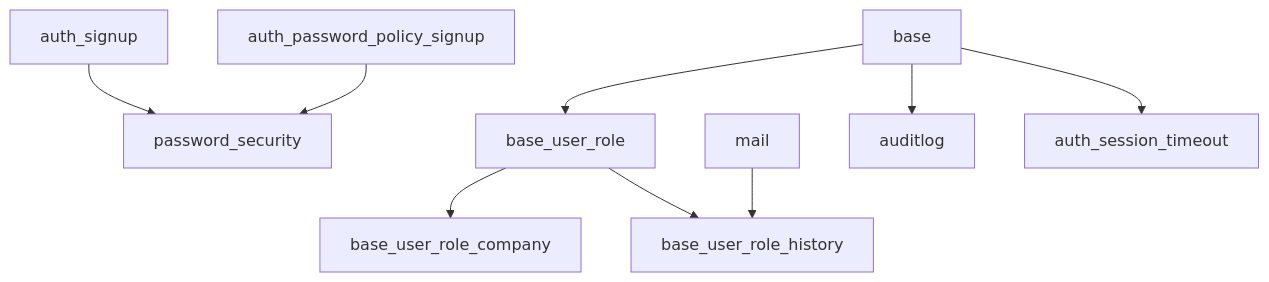
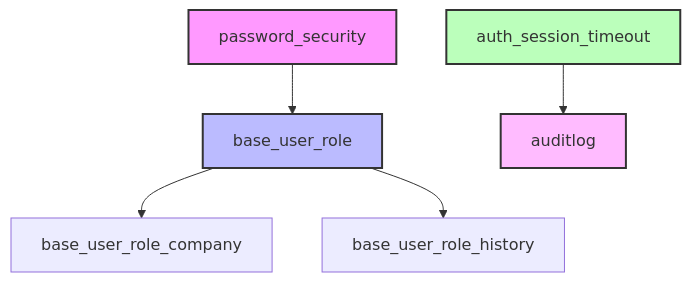
The diagram in README.md (focuz-ai/odoo-iso), drawn with Mermaid before and after one commit. The commit also changed other lines of this file, not shown here.

````diff
--- a/README.md
+++ b/README.md
@@ -195,11 +149,12 @@
 ```mermaid
 graph TD
-    A[base_user_role] --> B[base_user_role_company]
-    A --> C[base_user_role_history]
-    D[auth_signup] --> E[password_security]
-    F[auth_password_policy_signup] --> E
-    G[mail] --> C
-    H[base] --> A
-    H --> I[auditlog]
-    H --> J[auth_session_timeout]
+    A[password_security] --> B[base_user_role]
+    B --> C[base_user_role_company]
+    B --> D[base_user_role_history]
+    E[auth_session_timeout] --> F[auditlog]
+    
+    style A fill:#f9f,stroke:#333,stroke-width:2px
+    style B fill:#bbf,stroke:#333,stroke-width:2px
+    style E fill:#bfb,stroke:#333,stroke-width:2px
+    style F fill:#fbf,stroke:#333,stroke-width:2px
 ```
````
